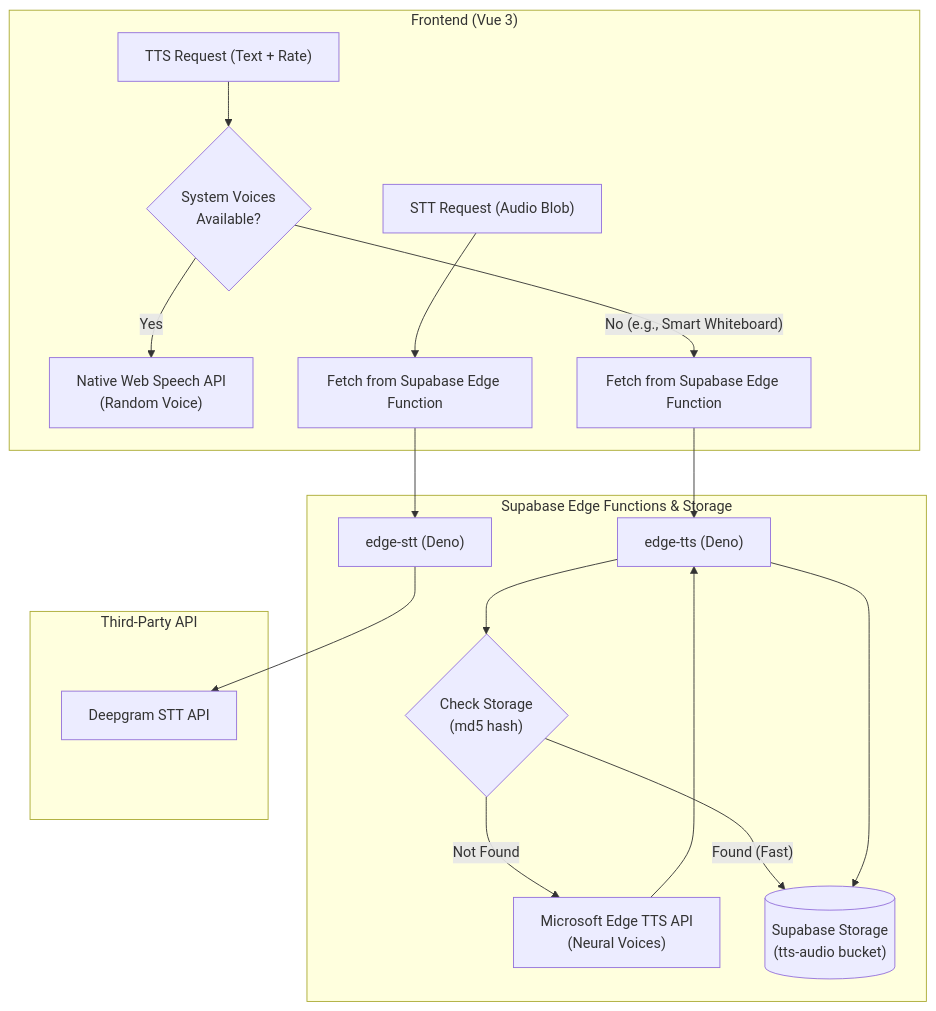
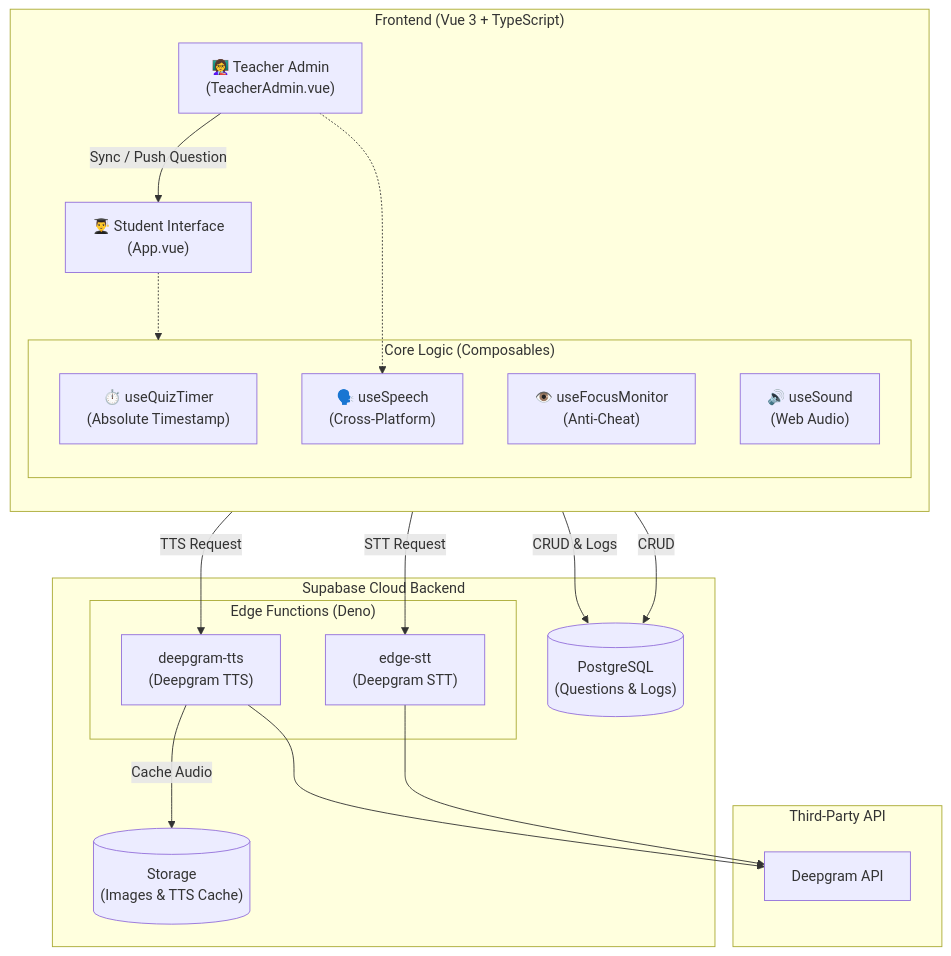
The second of 3 diagrams in README.md (ylin3-learner/anime-character-hunter-lite), drawn with Mermaid before and after one commit. The commit also changed other lines of this file and 1 other file, not shown here.

First line of the commit message:
docs(readme): add Mermaid diagrams and update architecture for Deepgram integration

````diff
--- a/README.md
+++ b/README.md
@@ -29,41 +62,45 @@
-``` mermaid
+```mermaid
 graph TD
-    subgraph Frontend ["Frontend (Vue 3)"]
-        TTS_Req["TTS Request (Text + Rate)"]
-        TTS_Check{"System Voices\nAvailable?"}
-        NativeTTS["Native Web Speech API\n(Random Voice)"]
-        EdgeTTS_API["Fetch from Supabase Edge Function"]
+    subgraph Client ["Frontend (Vue 3 + TypeScript)"]
+        direction TB
+        AdminUI["👩‍🏫 Teacher Admin<br>(TeacherAdmin.vue)"]
+        StudentUI["👨‍🎓 Student Interface<br>(App.vue)"]
         
-        STT_Req["STT Request (Audio Blob)"]
-        STT_API["Fetch from Supabase Edge Function"]
+        subgraph Composables ["Core Logic (Composables)"]
+            Timer["⏱️ useQuizTimer<br>(Absolute Timestamp)"]
+            Focus["👁️ useFocusMonitor<br>(Anti-Cheat)"]
+            Sound["🔊 useSound<br>(Web Audio)"]
+            Speech["🗣️ useSpeech<br>(Cross-Platform)"]
+        end
     end
 
-    subgraph Supabase ["Supabase Edge Functions & Storage"]
-        Edge_TTS["edge-tts (Deno)"]
-        Cache{"Check Storage\n(md5 hash)"}
-        MS_TTS["Microsoft Edge TTS API\n(Neural Voices)"]
-        Storage[("Supabase Storage\n(tts-audio bucket)")]
+    subgraph Supabase ["Supabase Cloud Backend"]
+        DB[("PostgreSQL<br>(Questions & Logs)")]
+        Storage[("Storage<br>(Images & TTS Cache)")]
         
-        Edge_STT["edge-stt (Deno)"]
+        subgraph EdgeFunctions ["Edge Functions (Deno)"]
+            TTS_Proxy["deepgram-tts<br>(Deepgram TTS)"]
+            STT_Proxy["edge-stt<br>(Deepgram STT)"]
+        end
     end
 
     subgraph ThirdParty ["Third-Party API"]
-        Deepgram["Deepgram STT API"]
+        Deepgram["Deepgram API"]
     end
 
-    %% TTS Flow
-    TTS_Req --> TTS_Check
-    TTS_Check -- Yes --> NativeTTS
-    TTS_Check -- No (e.g., Smart Whiteboard) --> EdgeTTS_API
-    EdgeTTS_API --> Edge_TTS
-    Edge_TTS --> Cache
-    Cache -- Found (Fast) --> Storage
-    Cache -- Not Found --> MS_TTS
-    MS_TTS --> Edge_TTS
-    Edge_TTS --> Storage
+    %% Data Flow
+    AdminUI -- "Sync / Push Question" --> StudentUI
+    StudentUI -- "CRUD & Logs" --> DB
+    AdminUI -- "CRUD" --> DB
     
-    %% STT Flow
-    STT_Req --> STT_API
-    STT_API --> Edge_STT
-    Edge_STT --> Deepgram
+    StudentUI -- "TTS Request" --> TTS_Proxy
+    TTS_Proxy --> Deepgram
+    TTS_Proxy -- "Cache Audio" --> Storage
+    
+    StudentUI -- "STT Request" --> STT_Proxy
+    STT_Proxy --> Deepgram
+
+    %% Logic Dependencies
+    StudentUI -.-> Composables
+    AdminUI -.-> Speech
 ```
````
